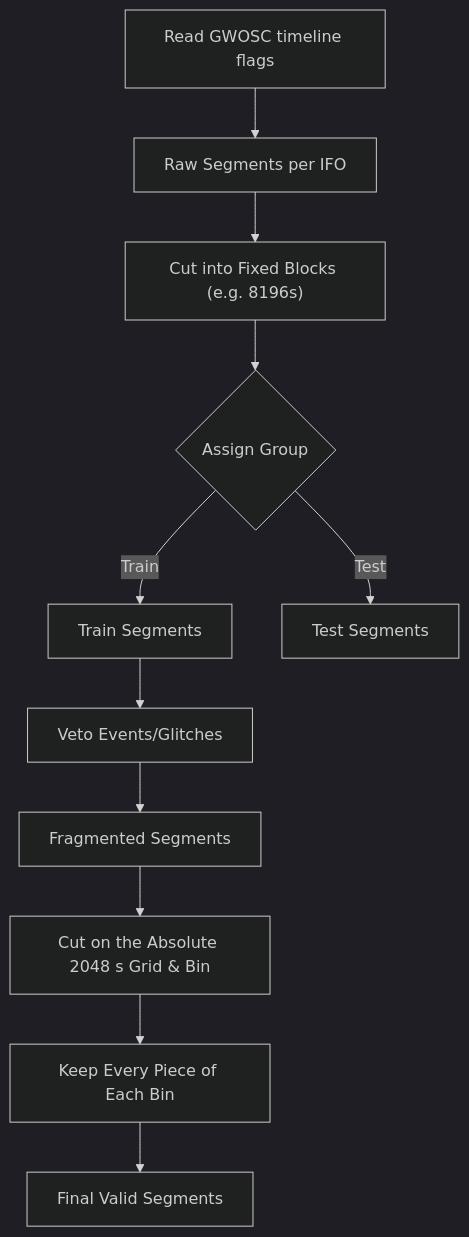
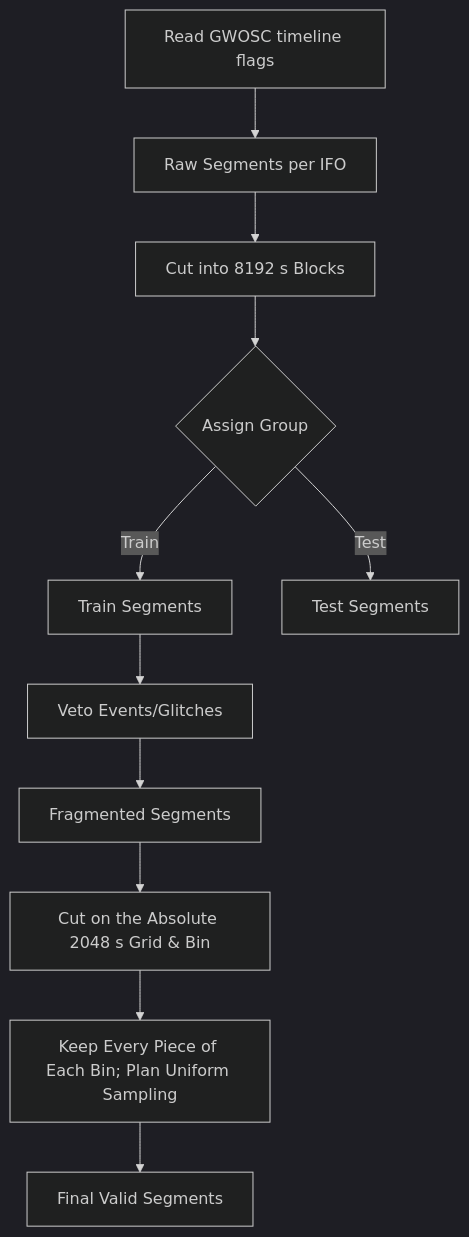
One commit to mrknorman/gravyflow changed the diagram in docs/acquisition.md. Above: the diagram before and after it, drawn with Mermaid (dark theme). The commit also changed other lines of this file and 8 other files, not shown here.

````diff
--- a/docs/acquisition.md
+++ b/docs/acquisition.md
@@ -81,13 +82,13 @@
 ```mermaid
 graph TD
     A["Read GWOSC timeline flags"] --> B["Raw Segments per IFO"]
-    B --> C["Cut into Fixed Blocks (e.g. 8196s)"]
+    B --> C["Cut into 8192 s Blocks"]
     C --> D{"Assign Group"}
     D -- Train --> E["Train Segments"]
     D -- Test --> F["Test Segments"]
     E --> G["Veto Events/Glitches"]
     G --> H["Fragmented Segments"]
     H --> I["Cut on the Absolute 2048 s Grid & Bin"]
-    I --> J["Keep Every Piece of Each Bin"]
+    I --> J["Keep Every Piece of Each Bin; Plan Uniform Sampling"]
     J --> K["Final Valid Segments"]
 ```
````
